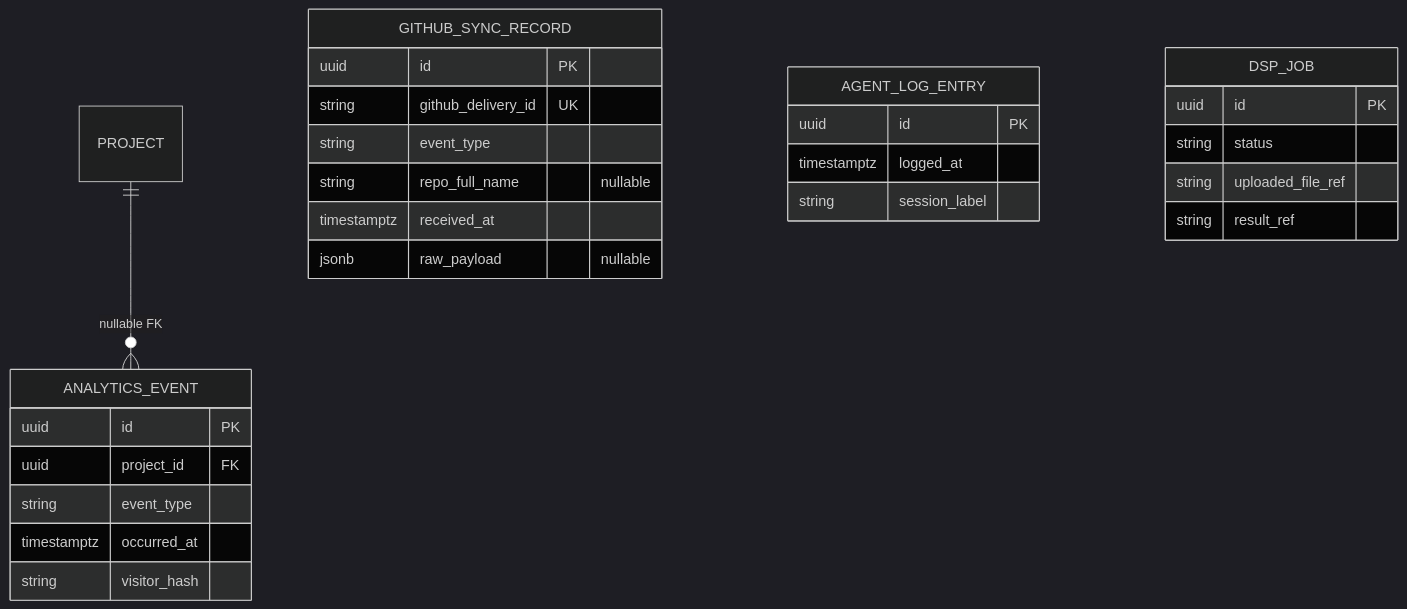
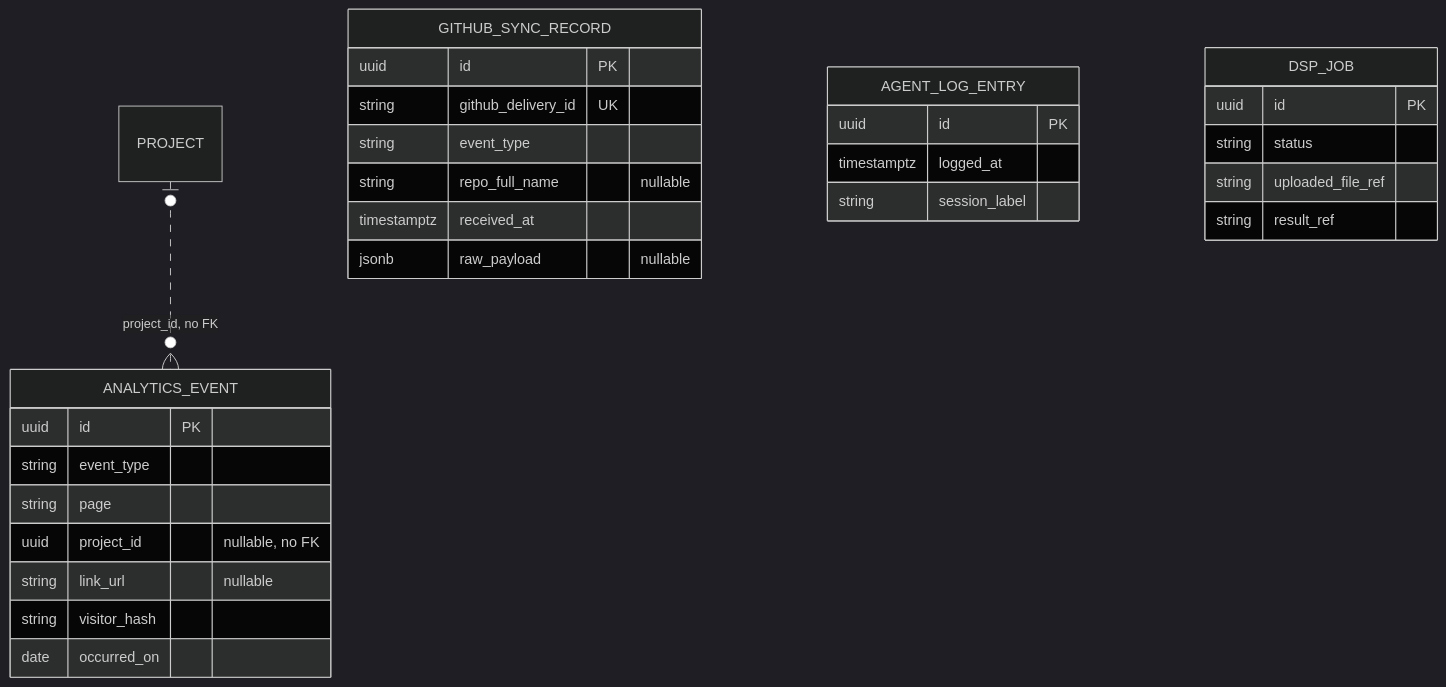
Before and after one commit to tarka1939/My_Site: the second of 2 diagrams in docs/DATA_MODEL.md, drawn with Mermaid (dark theme). The commit also changed other lines of this file and 1 other file, not shown here.

First line of the commit message:
docs: ADR and data model for Phase 7c analytics

````diff
--- a/docs/DATA_MODEL.md
+++ b/docs/DATA_MODEL.md
@@ -228,30 +236,32 @@
 ```mermaid
 erDiagram
-    PROJECT ||--o{ ANALYTICS_EVENT : "nullable FK"
+    PROJECT |o..o{ ANALYTICS_EVENT : "project_id, no FK"
     GITHUB_SYNC_RECORD {
         uuid id PK
         string github_delivery_id UK
         string event_type
         string repo_full_name "nullable"
         timestamptz received_at
         jsonb raw_payload "nullable"
     }
     ANALYTICS_EVENT {
         uuid id PK
-        uuid project_id FK
         string event_type
-        timestamptz occurred_at
+        string page
+        uuid project_id "nullable, no FK"
+        string link_url "nullable"
         string visitor_hash
+        date occurred_on
     }
     AGENT_LOG_ENTRY {
         uuid id PK
         timestamptz logged_at
         string session_label
     }
     DSP_JOB {
         uuid id PK
         string status
         string uploaded_file_ref
         string result_ref
     }
 ```
````
